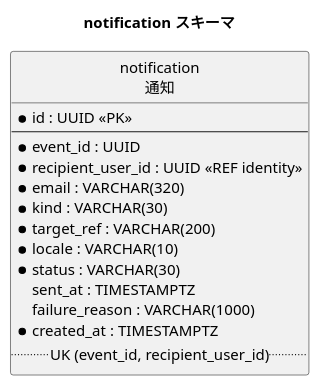
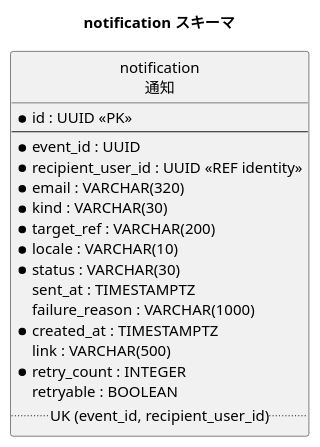
Before and after one commit to k2works/practical-domain-driven-design-in-enterpris-application: the seventh of 8 diagrams in docs/design/cargo-tracker/data_model.md, drawn with PlantUML. The commit also changed other lines of this file and 27 other files, not shown here.

````diff
--- a/docs/design/cargo-tracker/data_model.md
+++ b/docs/design/cargo-tracker/data_model.md
@@ -1045,21 +1045,24 @@
 ```plantuml
 @startuml
 title notification スキーマ
 hide circle
 entity "notification\n通知" as n {
   * id : UUID <<PK>>
   --
   * event_id : UUID
   * recipient_user_id : UUID <<REF identity>>
   * email : VARCHAR(320)
   * kind : VARCHAR(30)
   * target_ref : VARCHAR(200)
   * locale : VARCHAR(10)
   * status : VARCHAR(30)
   sent_at : TIMESTAMPTZ
   failure_reason : VARCHAR(1000)
   * created_at : TIMESTAMPTZ
+  link : VARCHAR(500)
+  * retry_count : INTEGER
+  retryable : BOOLEAN
   .. UK (event_id, recipient_user_id) ..
 }
 @enduml
 ```
````
